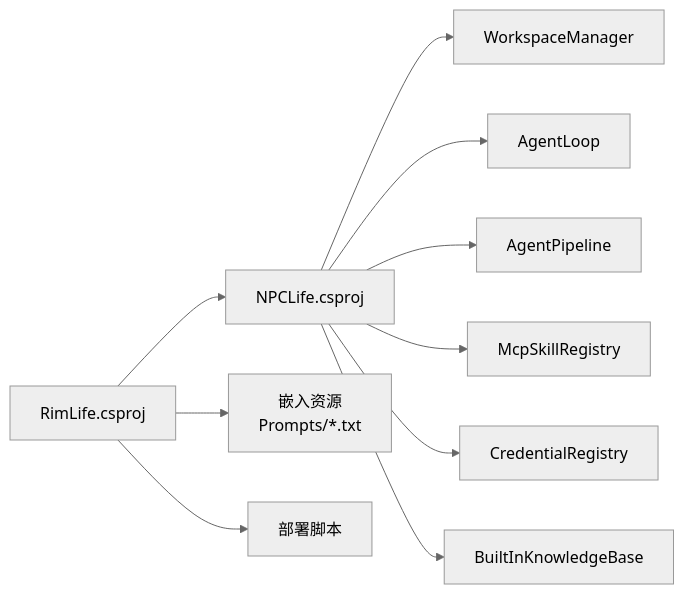
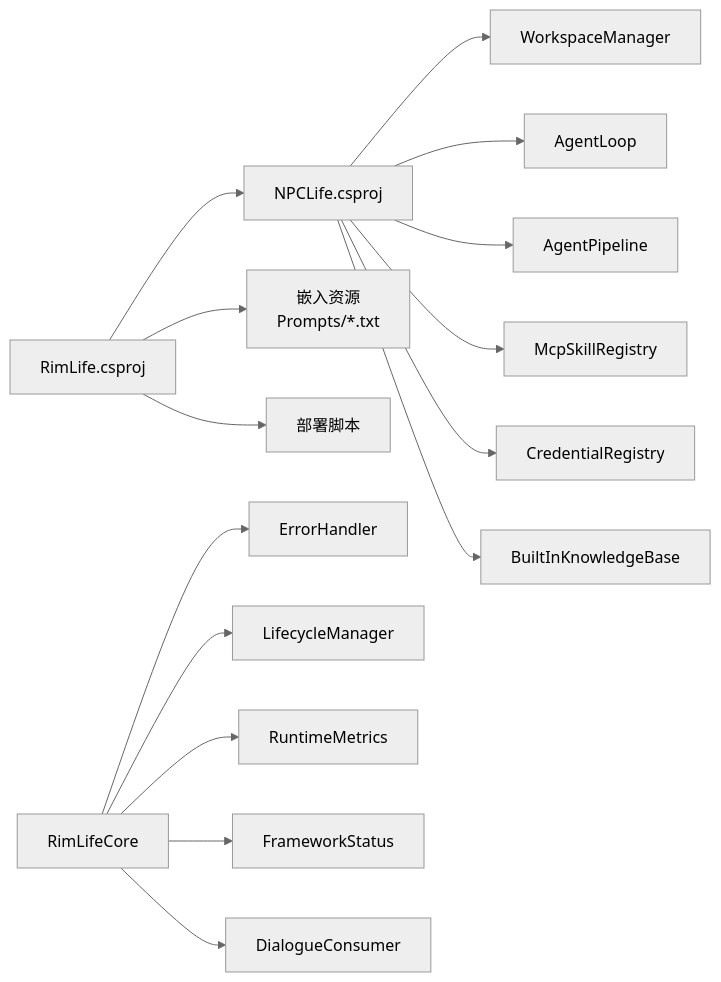
One commit to suzvka/RimLife changed diagram 11 of 11 in .qoder/repowiki/zh/content/核心架构设计/核心架构设计.md. Above: the diagram before and after it, drawn with Mermaid (neutral theme). The commit also changed other lines of this file and 19 other files, not shown here.

````diff
--- a/.qoder/repowiki/zh/content/核心架构设计/核心架构设计.md
+++ b/.qoder/repowiki/zh/content/核心架构设计/核心架构设计.md
@@ -393,12 +653,17 @@
 ```mermaid
 graph LR
 RL["RimLife.csproj"] --> NPCL["NPCLife.csproj"]
 RL --> RLRes["嵌入资源<br/>Prompts/*.txt"]
 RL --> Deploy["部署脚本"]
 NPCL --> WSMan["WorkspaceManager"]
 NPCL --> Agent["AgentLoop"]
 NPCL --> Pipe["AgentPipeline"]
 NPCL --> Skill["McpSkillRegistry"]
 NPCL --> Cred["CredentialRegistry"]
 NPCL --> Know["BuiltInKnowledgeBase"]
+RLCore["RimLifeCore"] --> Err["ErrorHandler"]
+RLCore --> Life["LifecycleManager"]
+RLCore --> Metrics["RuntimeMetrics"]
+RLCore --> Status["FrameworkStatus"]
+RLCore --> Dialog["DialogueConsumer"]
 ```
````
